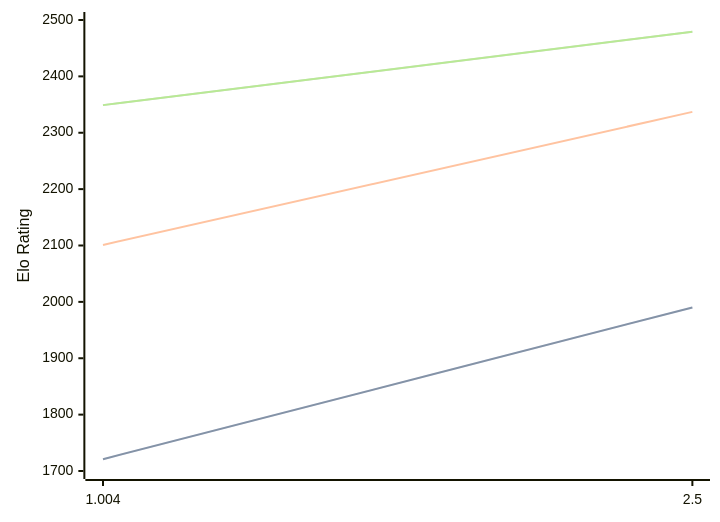
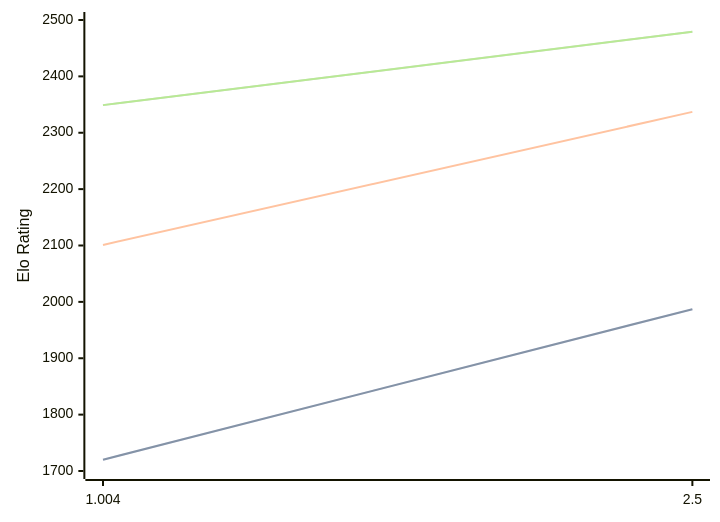
Before and after one commit to computer-chess-index/cci: the diagram in engines/Ares.md, drawn with Mermaid. The commit also changed other lines of this file, not shown here.

````diff
--- a/engines/Ares.md
+++ b/engines/Ares.md
@@ -32,11 +32,11 @@
 ```mermaid
 %%{init: {"theme":"base","themeVariables":{"seriesColors:['#a3a3a3','#222221','#faa371']}}}%%
 xychart-beta
   x-axis ["1.004", "2.5"]
   y-axis "Elo Rating" 1700 --> 2500
-  line "STC (8.0+0.08s)" [1721, 1990]
-  line "STC (8.0+0.08s)" [1721, 1990]
+  line "STC (8.0+0.08s)" [1720, 1987]
+  line "STC (8.0+0.08s)" [1720, 1987]
   line "LTC (60.0+0.60s)" [2101, 2337]
   line "VLTC (2m24s+1.12s)" [2349, 2479]
   line "VLTC (2m24s+1.12s)" [2349, 2479]
 ```
````
